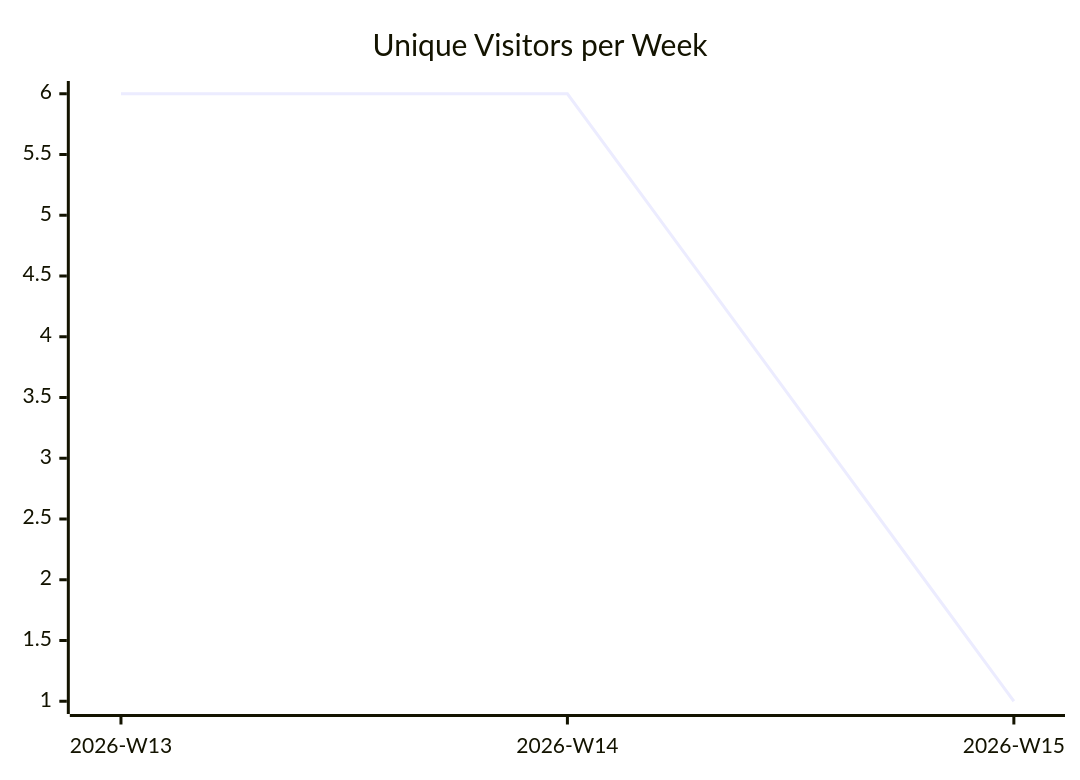
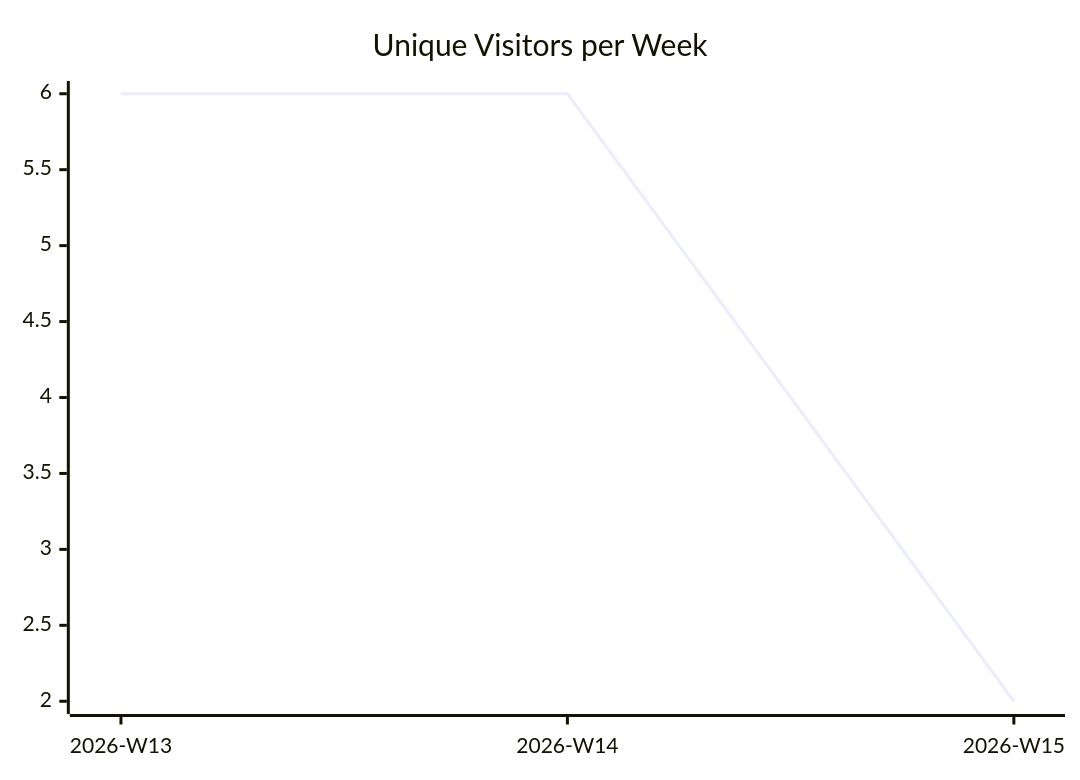
One commit to justdavis-family/github-analytics-data changed the first of 3 diagrams in karlmdavis/ksoap2-android/README.md. Above: the diagram before and after it, drawn with Mermaid. The commit also changed other lines of this file and 183 other files, not shown here.

````diff
--- a/karlmdavis/ksoap2-android/README.md
+++ b/karlmdavis/ksoap2-android/README.md
@@ -5,6 +5,6 @@
 ```mermaid
 xychart-beta
   title "Unique Visitors per Week"
   x-axis ["2026-W13", "2026-W14", "2026-W15"]
-  line [6, 6, 1]
+  line [6, 6, 2]
 ```
````
